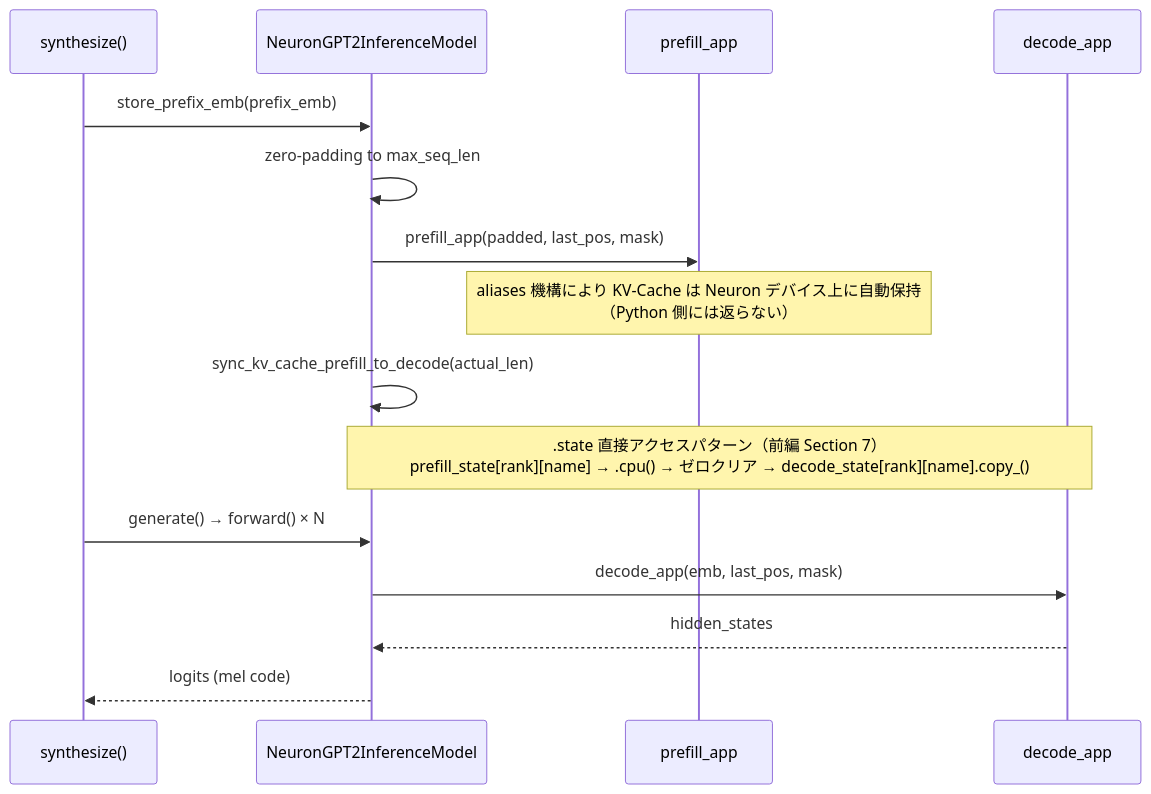
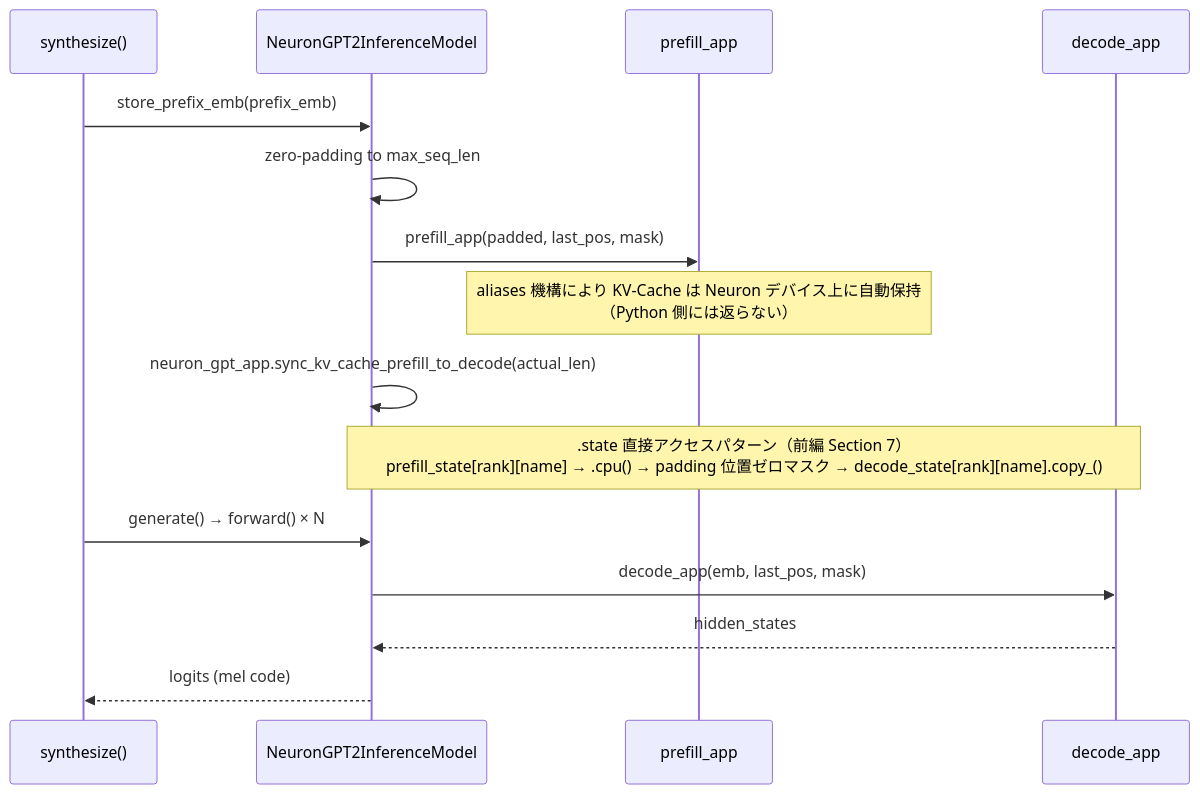
One commit to littlemex/zenn changed the sixth of 6 diagrams in articles/ffc359901ea1cc.md. Above: the diagram before and after it, drawn with Mermaid. The commit also changed other lines of this file, not shown here.

````diff
--- a/articles/ffc359901ea1cc.md
+++ b/articles/ffc359901ea1cc.md
@@ -392,18 +392,18 @@
 ```mermaid
 sequenceDiagram
     participant S as synthesize()
     participant B as NeuronGPT2InferenceModel
     participant P as prefill_app
     participant D as decode_app
 
     S->>B: store_prefix_emb(prefix_emb)
     B->>B: zero-padding to max_seq_len
     B->>P: prefill_app(padded, last_pos, mask)
     Note over P: aliases 機構により KV-Cache は Neuron デバイス上に自動保持<br/>（Python 側には返らない）
-    B->>B: sync_kv_cache_prefill_to_decode(actual_len)
-    Note over B,D: .state 直接アクセスパターン（前編 Section 7）<br/>prefill_state[rank][name] → .cpu() → ゼロクリア → decode_state[rank][name].copy_()
+    B->>B: neuron_gpt_app.sync_kv_cache_prefill_to_decode(actual_len)
+    Note over B,D: .state 直接アクセスパターン（前編 Section 7）<br/>prefill_state[rank][name] → .cpu() → padding 位置ゼロマスク → decode_state[rank][name].copy_()
     S->>B: generate() → forward() × N
     B->>D: decode_app(emb, last_pos, mask)
     D-->>B: hidden_states
     B-->>S: logits (mel code)
 ```
````
